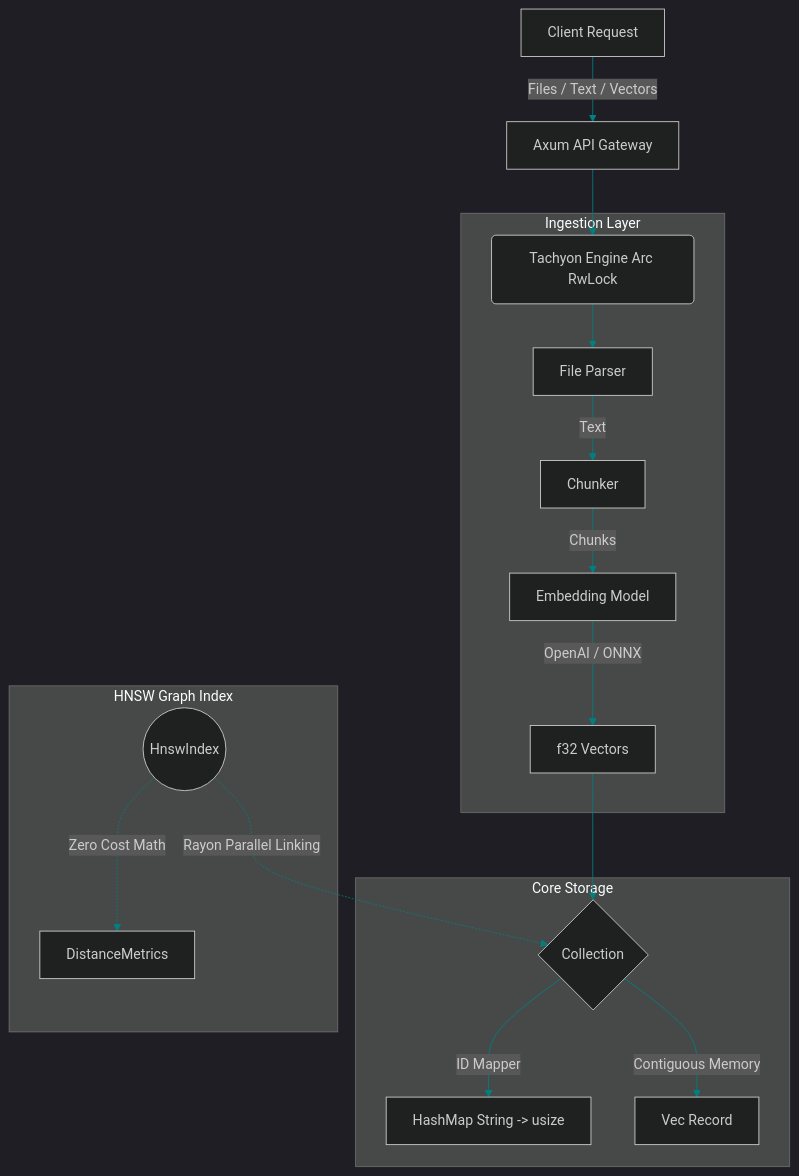
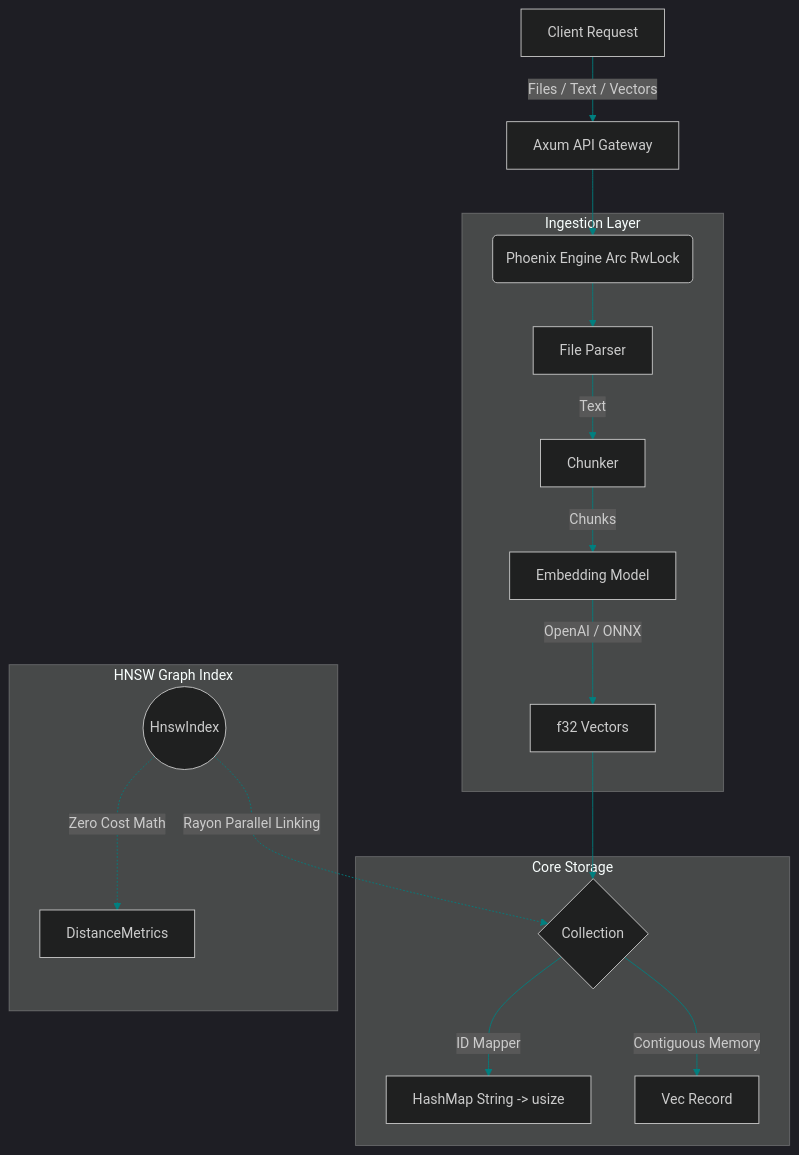
One commit to blackeagle686/vec_db changed the diagram in README.md. Above: the diagram before and after it, drawn with Mermaid. The commit also changed other lines of this file, not shown here.

````diff
--- a/README.md
+++ b/README.md
@@ -34,24 +34,24 @@
 ```mermaid
 %%{init: {'theme': 'dark', 'themeVariables': { 'primaryColor': '#4B0082', 'primaryBorderColor': '#008080', 'lineColor': '#008080', 'tertiaryColor': '#1A1A1A'}}}%%
 graph TD
     A[Client Request] -->|Files / Text / Vectors| B[Axum API Gateway]
-    B --> C(Tachyon Engine Arc RwLock)
+    B --> C(Phoenix Engine Arc RwLock)
     
     subgraph Ingestion Layer
         C --> D[File Parser]
         D -->|Text| E[Chunker]
         E -->|Chunks| F[Embedding Model]
         F -->|OpenAI / ONNX| G[f32 Vectors]
     end
     
     subgraph Core Storage
         G --> H{Collection}
         H -->|ID Mapper| I[HashMap String -> usize]
         H -->|Contiguous Memory| J[Vec Record]
     end
     
     subgraph HNSW Graph Index
         K((HnswIndex)) -.->|Rayon Parallel Linking| H
         K -.->|Zero Cost Math| L[DistanceMetrics]
     end
 ```
````
